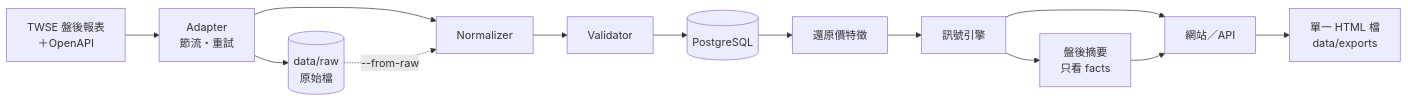
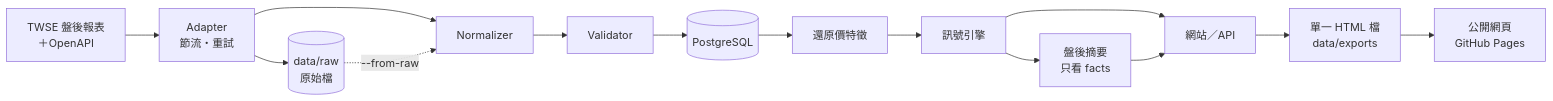
Before and after one commit to edarun201-prog/tw-market-radar: the diagram in README.md, drawn with Mermaid. The commit also changed other lines of this file and 11 other files, not shown here.

First line of the commit message:
公開網頁：每日自動發布到 GitHub Pages

````diff
--- a/README.md
+++ b/README.md
@@ -29,10 +29,11 @@
 ```mermaid
 flowchart LR
   T[TWSE 盤後報表<br/>＋OpenAPI] --> A[Adapter<br/>節流・重試]
   A --> R[(data/raw<br/>原始檔)]
   A --> N[Normalizer] --> V[Validator] --> DB[(PostgreSQL)]
   R -.->|--from-raw| N
   DB --> F[還原價特徵] --> S[訊號引擎] --> W[網站／API]
   S --> AI[盤後摘要<br/>只看 facts] --> W
   W --> X[單一 HTML 檔<br/>data/exports]
+  X --> P[公開網頁<br/>GitHub Pages]
 ```
````
